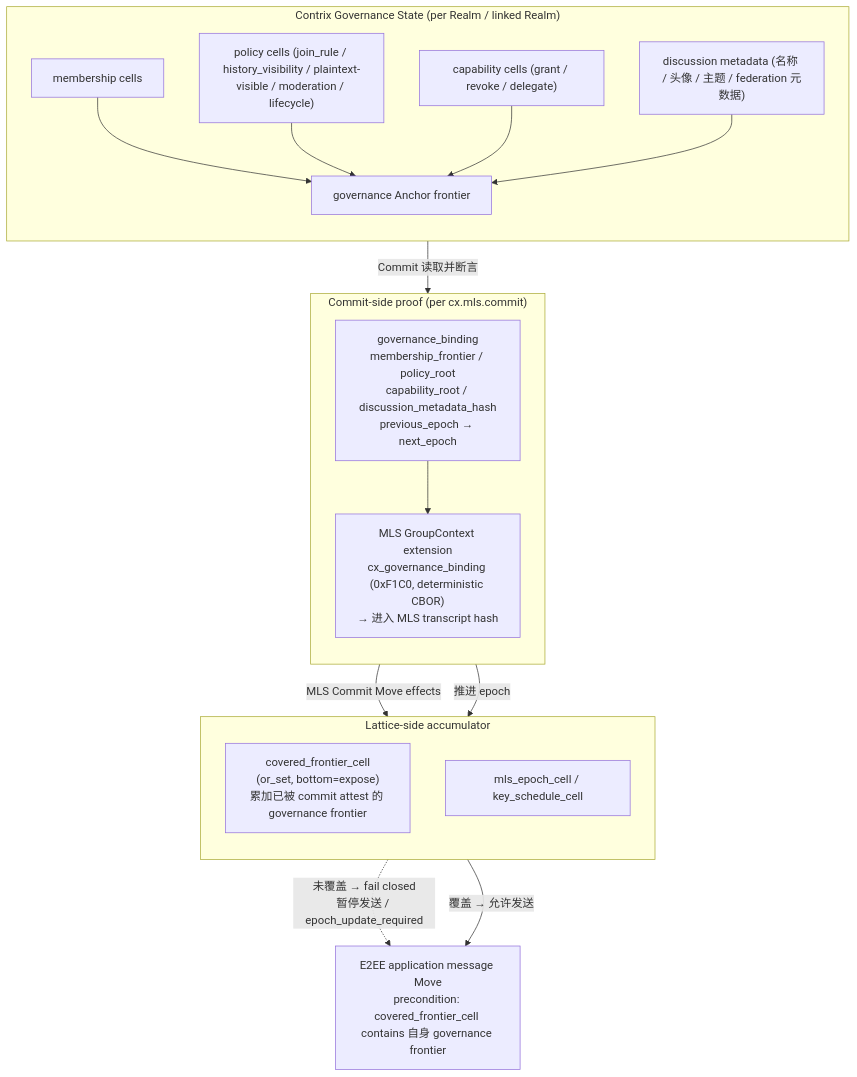
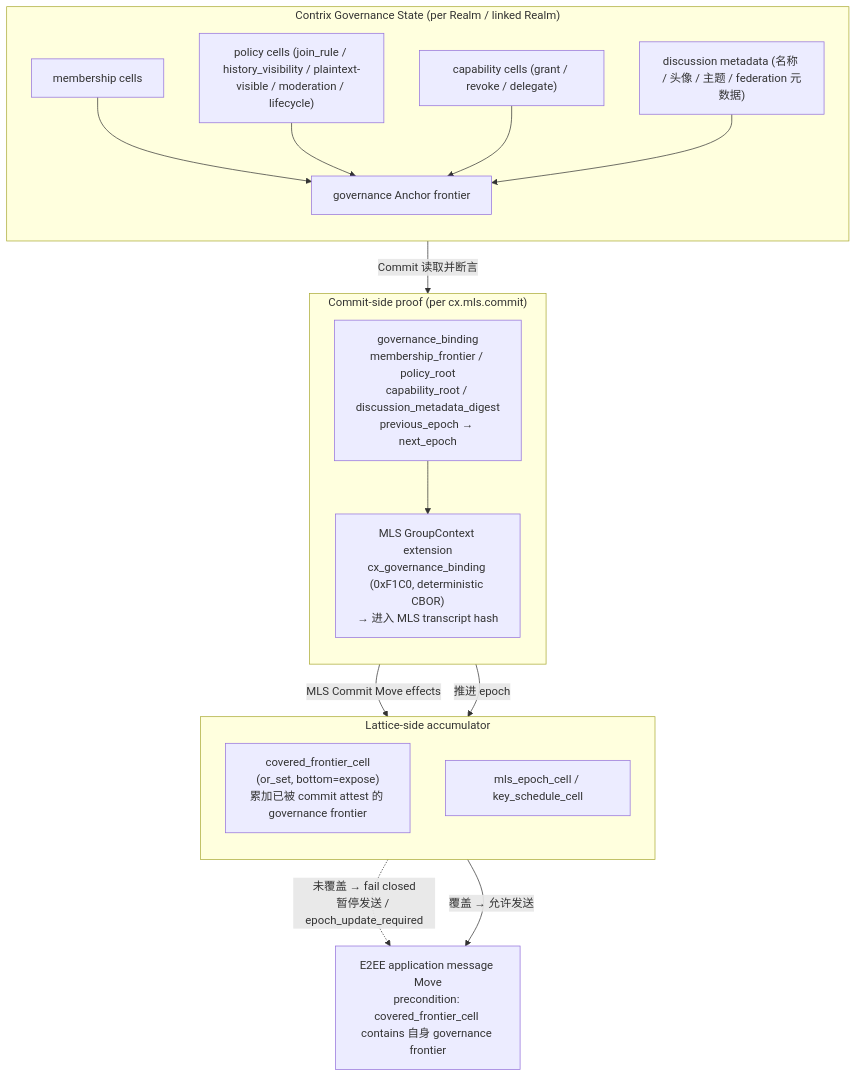
Before and after one commit to arkret-org/arkret-spec: the second of 2 diagrams in spec/v1/zh/crypto-media/encryption-and-audit.md, drawn with Mermaid. The commit also changed other lines of this file and 69 other files, not shown here.

````diff
--- a/spec/v1/zh/crypto-media/encryption-and-audit.md
+++ b/spec/v1/zh/crypto-media/encryption-and-audit.md
@@ -331,36 +331,36 @@
 ```mermaid
 flowchart TB
     subgraph GS ["Contrix Governance State (per Realm / linked Realm)"]
         direction TB
         Memb["membership cells"]
         Pol["policy cells (join_rule / history_visibility / plaintext-visible / moderation / lifecycle)"]
         Cap["capability cells (grant / revoke / delegate)"]
         Disc["discussion metadata (名称 / 头像 / 主题 / federation 元数据)"]
         Anc["governance Anchor frontier"]
         Memb --> Anc
         Pol --> Anc
         Cap --> Anc
         Disc --> Anc
     end
 
     subgraph CS ["Commit-side proof (per cx.mls.commit)"]
         direction TB
-        GB["governance_binding<br/>membership_frontier / policy_root<br/>capability_root / discussion_metadata_hash<br/>previous_epoch → next_epoch"]
+        GB["governance_binding<br/>membership_frontier / policy_root<br/>capability_root / discussion_metadata_digest<br/>previous_epoch → next_epoch"]
         Trans["MLS GroupContext extension<br/>cx_governance_binding (0xF1C0, deterministic CBOR)<br/>→ 进入 MLS transcript hash"]
         GB --> Trans
     end
 
     subgraph LS ["Lattice-side accumulator"]
         direction TB
         CFC["covered_frontier_cell<br/>(or_set, bottom=expose)<br/>累加已被 commit attest 的 governance frontier"]
         EpC["mls_epoch_cell / key_schedule_cell"]
     end
 
     Anc -- "Commit 读取并断言" --> GB
     GB -- "MLS Commit Move effects" --> CFC
     GB -- "推进 epoch" --> EpC
 
     Msg["E2EE application message Move<br/>precondition: covered_frontier_cell contains 自身 governance frontier"]
     CFC -. "未覆盖 → fail closed<br/>暂停发送 / epoch_update_required" .-> Msg
     CFC -- "覆盖 → 允许发送" --> Msg
 ```
````
